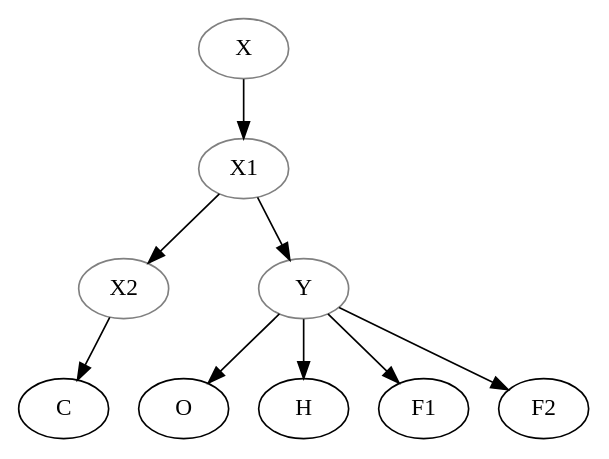
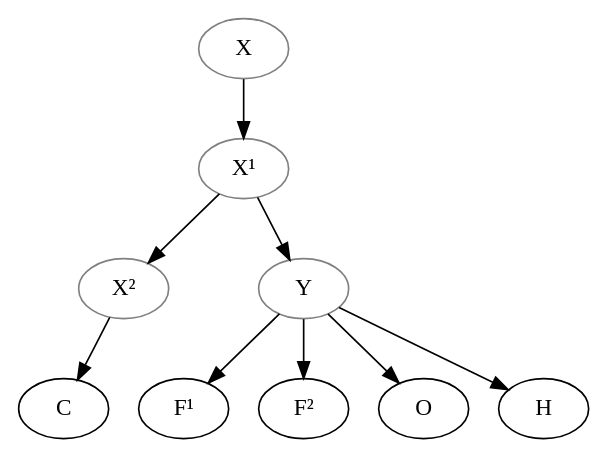
The diagram in data/fro/Pope_1955_Thomas-Horn/stemma.gv (OpenStemmata/database), drawn with Graphviz before and after one commit. The commit also changed 12 other files, not shown here.

```diff
--- a/data/fro/Pope_1955_Thomas-Horn/stemma.gv
+++ b/data/fro/Pope_1955_Thomas-Horn/stemma.gv
@@ -1,17 +1,19 @@
 digraph {
 
 X[color="grey"];
-X1[color="grey"];
-X2[color="grey"];
+X1[color="grey", label="X¹"];
+X2[color="grey", label="X²"];
 Y[color="grey"];
+F1[label="F¹"]
+F2[label="F²"]
 
 X->X1;
 X1->X2;
 X2->C;
 X1->Y;
 Y->O;
 Y->H;
 Y->F1;
 Y->F2;
 
 }
```
